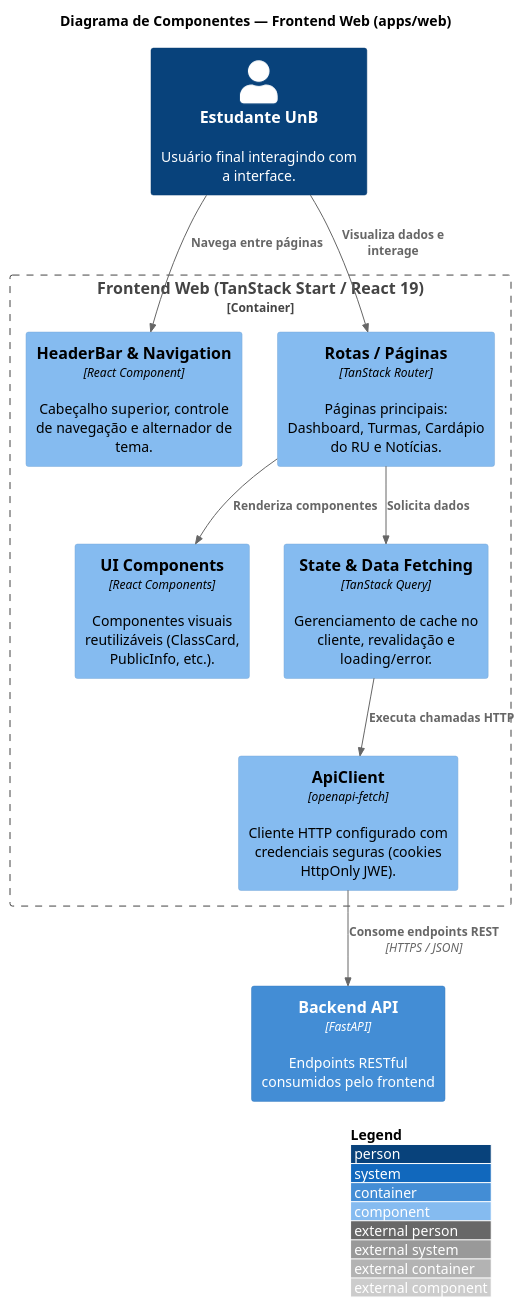
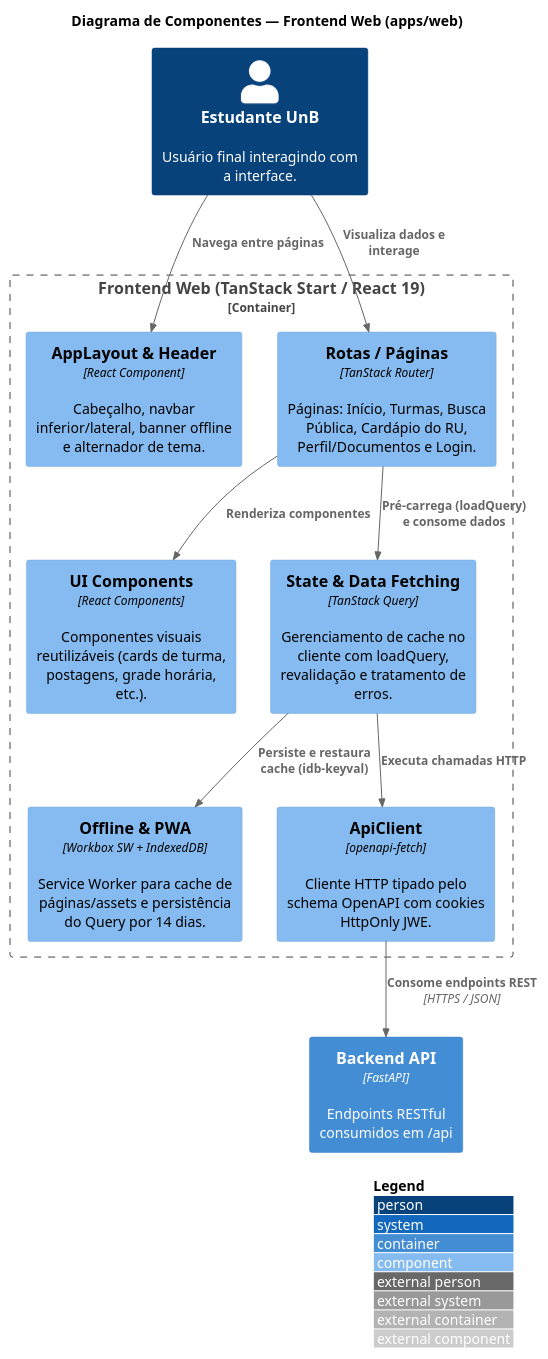
One commit to unb-mds/2026-2-Followw changed the diagram in docs/diagrams/components_frontend.puml. Above: the diagram before and after it, drawn with PlantUML. The commit also changed 15 other files, not shown here.

```diff
--- a/docs/diagrams/components_frontend.puml
+++ b/docs/diagrams/components_frontend.puml
@@ -1,27 +1,29 @@
 @startuml components_frontend
 !include https://raw.githubusercontent.com/plantuml-stdlib/C4-PlantUML/master/C4_Component.puml
 
 LAYOUT_WITH_LEGEND()
 
 title Diagrama de Componentes — Frontend Web (apps/web)
 
 Person(estudante, "Estudante UnB", "Usuário final interagindo com a interface.")
 
 Container_Boundary(web_boundary, "Frontend Web (TanStack Start / React 19)") {
-    Component(navigation, "HeaderBar & Navigation", "React Component", "Cabeçalho superior, controle de navegação e alternador de tema.")
-    Component(pages, "Rotas / Páginas", "TanStack Router", "Páginas principais: Dashboard, Turmas, Cardápio do RU e Notícias.")
-    Component(ui, "UI Components", "React Components", "Componentes visuais reutilizáveis (ClassCard, PublicInfo, etc.).")
-    Component(queries, "State & Data Fetching", "TanStack Query", "Gerenciamento de cache no cliente, revalidação e loading/error.")
-    Component(client, "ApiClient", "openapi-fetch", "Cliente HTTP configurado com credenciais seguras (cookies HttpOnly JWE).")
+    Component(navigation, "AppLayout & Header", "React Component", "Cabeçalho, navbar inferior/lateral, banner offline e alternador de tema.")
+    Component(pages, "Rotas / Páginas", "TanStack Router", "Páginas: Início, Turmas, Busca Pública, Cardápio do RU, Perfil/Documentos e Login.")
+    Component(ui, "UI Components", "React Components", "Componentes visuais reutilizáveis (cards de turma, postagens, grade horária, etc.).")
+    Component(queries, "State & Data Fetching", "TanStack Query", "Gerenciamento de cache no cliente com loadQuery, revalidação e tratamento de erros.")
+    Component(offline, "Offline & PWA", "Workbox SW + IndexedDB", "Service Worker para cache de páginas/assets e persistência do Query por 14 dias.")
+    Component(client, "ApiClient", "openapi-fetch", "Cliente HTTP tipado pelo schema OpenAPI com cookies HttpOnly JWE.")
 }
 
-Container(api, "Backend API", "FastAPI", "Endpoints RESTful consumidos pelo frontend")
+Container(api, "Backend API", "FastAPI", "Endpoints RESTful consumidos em /api")
 
 Rel(estudante, navigation, "Navega entre páginas")
 Rel(estudante, pages, "Visualiza dados e interage")
 Rel(pages, ui, "Renderiza componentes")
-Rel(pages, queries, "Solicita dados")
+Rel(pages, queries, "Pré-carrega (loadQuery) e consome dados")
+Rel(queries, offline, "Persiste e restaura cache (idb-keyval)")
 Rel(queries, client, "Executa chamadas HTTP")
 Rel(client, api, "Consome endpoints REST", "HTTPS / JSON")
 
 @enduml
```
